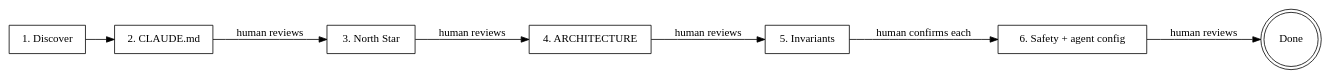
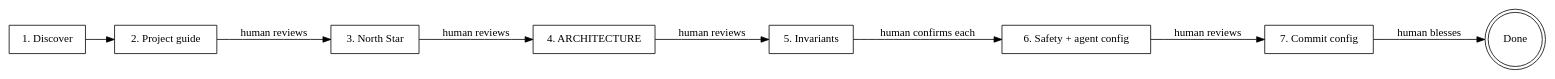
One commit to TejGandham/parchmark changed the diagram in .claude/skills/keel-adopt/SKILL.md. Above: the diagram before and after it, drawn with Graphviz. The commit also changed other lines of this file and 89 other files, not shown here.

````diff
--- a/.claude/skills/keel-adopt/SKILL.md
+++ b/.claude/skills/keel-adopt/SKILL.md
@@ -28,19 +28,21 @@
 ```dot
 digraph adopt {
   rankdir=LR;
   discover [label="1. Discover" shape=box];
-  claude_md [label="2. CLAUDE.md" shape=box];
+  claude_md [label="2. Project guide" shape=box];
   northstar [label="3. North Star" shape=box];
   arch [label="4. ARCHITECTURE" shape=box];
   invariants [label="5. Invariants" shape=box];
   safety [label="6. Safety + agent config" shape=box];
+  commit [label="7. Commit config" shape=box];
   done [label="Done" shape=doublecircle];
 
   discover -> claude_md;
   claude_md -> northstar [label="human reviews"];
   northstar -> arch [label="human reviews"];
   arch -> invariants [label="human reviews"];
   invariants -> safety [label="human confirms each"];
-  safety -> done [label="human reviews"];
+  safety -> commit [label="human reviews"];
+  commit -> done [label="human blesses"];
 }
 ```
````
